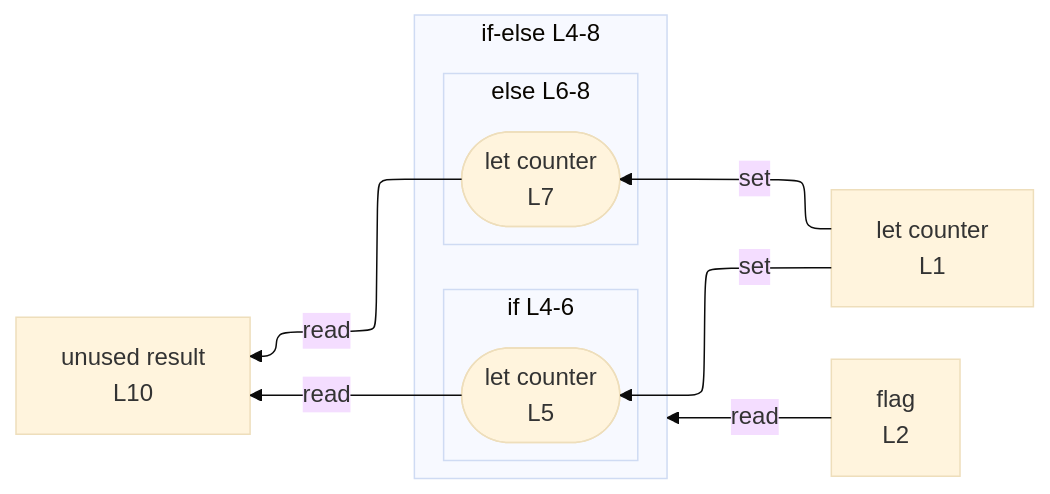
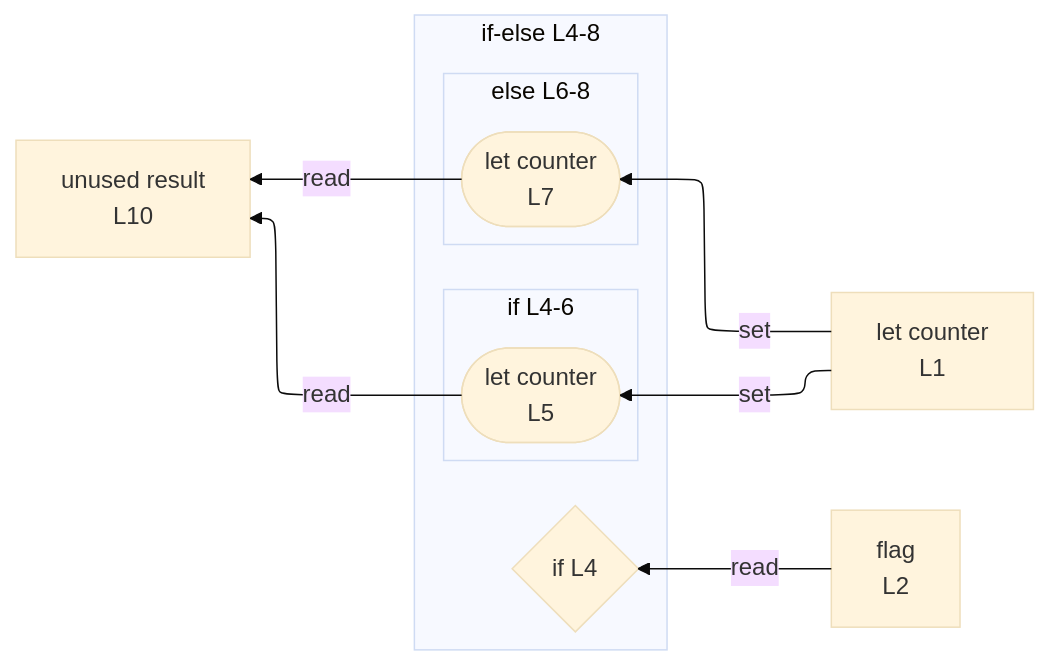
One commit to crescware/unsnarl changed the diagram in integration/fixtures/control-if/preview.md. Above: the diagram before and after it, drawn with Mermaid (base theme). The commit also changed 42 other files, not shown here.

````diff
--- a/integration/fixtures/control-if/preview.md
+++ b/integration/fixtures/control-if/preview.md
@@ -20,23 +20,24 @@
 ```mermaid
 %%{init: {"flowchart": {"defaultRenderer": "elk"}}}%%
 flowchart RL
   n_scope_0_counter_4["let counter<br/>L1"]
   n_scope_0_flag_23["flag<br/>L2"]
   n_scope_0_result_97["unused result<br/>L10"]
   subgraph cont_if_scope_0_37["if-else L4-8"]
     direction RL
+    if_test_scope_0_37{"if L4"}
     subgraph s_scope_1["if L4-6"]
       direction RL
       wr_ref_1(["let counter<br/>L5"])
     end
     subgraph s_scope_2["else L6-8"]
       direction RL
       wr_ref_2(["let counter<br/>L7"])
     end
   end
   n_scope_0_counter_4 -->|set| wr_ref_1
   n_scope_0_counter_4 -->|set| wr_ref_2
-  n_scope_0_flag_23 -->|read| cont_if_scope_0_37
+  n_scope_0_flag_23 -->|read| if_test_scope_0_37
   wr_ref_1 -->|read| n_scope_0_result_97
   wr_ref_2 -->|read| n_scope_0_result_97
 ```
````
